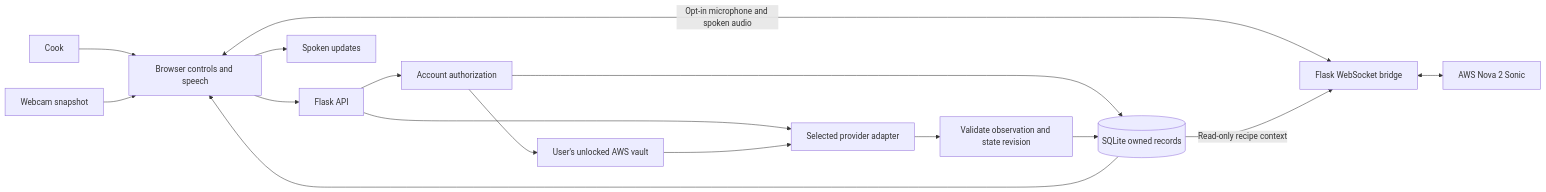
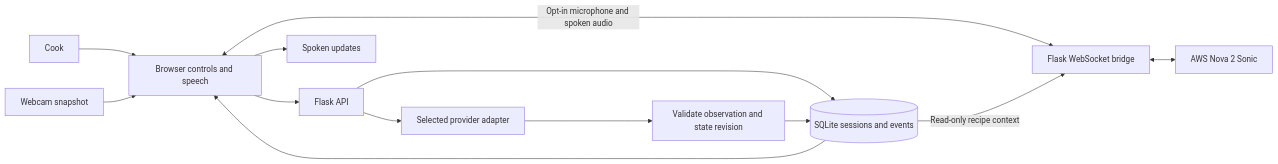
The diagram in docs/architecture.md (rachit-j/sous), drawn with Mermaid before and after one commit. The commit also changed other lines of this file and 47 other files, not shown here.

````diff
--- a/docs/architecture.md
+++ b/docs/architecture.md
@@ -22,18 +11,15 @@
 ```mermaid
 flowchart LR
   Cook --> UI[Browser controls and speech]
   Camera[Webcam snapshot] --> UI
   UI --> API[Flask API]
-  API --> Auth[Account authorization]
-  Auth --> DB[(SQLite owned records)]
-  Auth --> Vault[User's unlocked AWS vault]
+  API --> DB[(SQLite sessions and events)]
   API --> Model[Selected provider adapter]
-  Vault --> Model
   Model --> Check[Validate observation and state revision]
   Check --> DB
   DB --> UI
   UI --> Audio[Spoken updates]
   UI <-->|Opt-in microphone and spoken audio| Voice[Flask WebSocket bridge]
   DB -->|Read-only recipe context| Voice
   Voice <--> Sonic[AWS Nova 2 Sonic]
 ```
````
